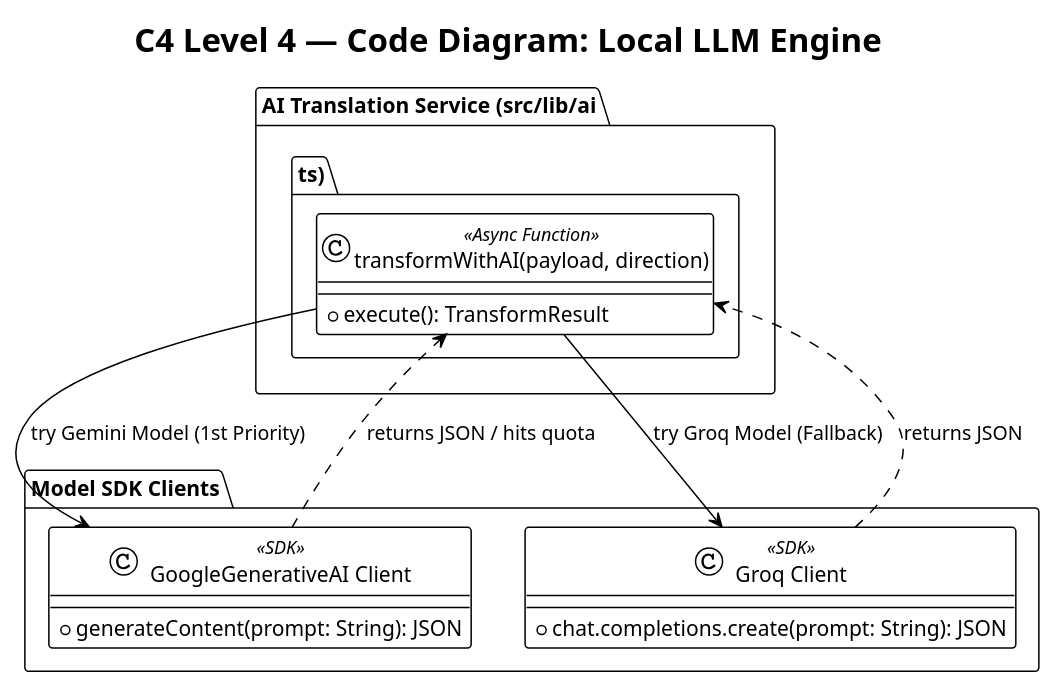
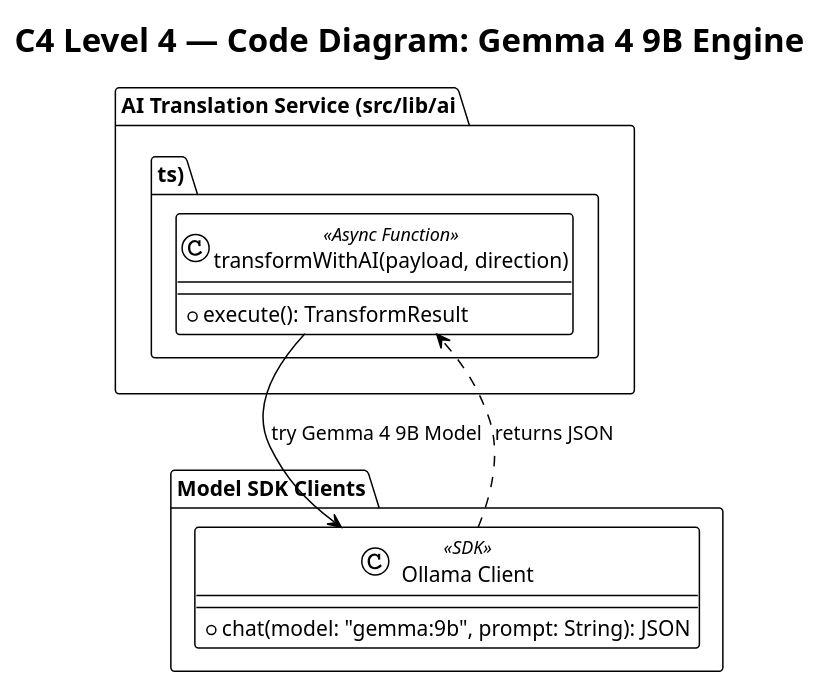
One commit to Vince0028/WAH4PCE-MERGE-CONFLICT changed the diagram in apps/adapt-ipaas/code_diagrams/Component_Diagram_Low_Level_Core_Services/Local_LLM_Engine.puml. Above: the diagram before and after it, drawn with PlantUML. The commit also changed 23 other files, not shown here.

Commit message:
feat: add C4 architecture diagrams and PlantUML models for ADAPT iPaaS middleware and services

```diff
--- a/apps/adapt-ipaas/code_diagrams/Component_Diagram_Low_Level_Core_Services/Local_LLM_Engine.puml
+++ b/apps/adapt-ipaas/code_diagrams/Component_Diagram_Low_Level_Core_Services/Local_LLM_Engine.puml
@@ -1,26 +1,20 @@
 @startuml Local_LLM_Engine
 !theme plain
-title C4 Level 4 — Code Diagram: Local LLM Engine
+title C4 Level 4 — Code Diagram: Gemma 4 9B Engine
 
 package "AI Translation Service (src/lib/ai.ts)" {
     class "transformWithAI(payload, direction)" as TransformWithAI <<Async Function>> {
         + execute(): TransformResult
     }
 }
 
 package "Model SDK Clients" {
-    class "GoogleGenerativeAI Client" as GeminiClient <<SDK>> {
-        + generateContent(prompt: String): JSON
-    }
-
-    class "Groq Client" as GroqClient <<SDK>> {
-        + chat.completions.create(prompt: String): JSON
+    class "Ollama Client" as OllamaClient <<SDK>> {
+        + chat(model: "gemma:9b", prompt: String): JSON
     }
 }
 
-TransformWithAI --> GeminiClient : try Gemini Model (1st Priority)
-GeminiClient ..> TransformWithAI : returns JSON / hits quota
-TransformWithAI --> GroqClient : try Groq Model (Fallback)
-GroqClient ..> TransformWithAI : returns JSON
+TransformWithAI --> OllamaClient : try Gemma 4 9B Model
+OllamaClient ..> TransformWithAI : returns JSON
 
 @enduml
```
